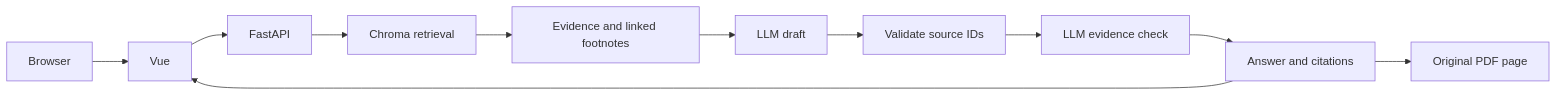
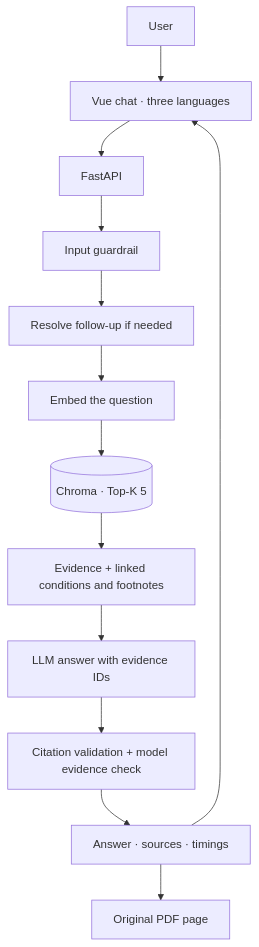
One commit to newDarwin100/InsureTutor changed the diagram in README.md. Above: the diagram before and after it, drawn with Mermaid. The commit also changed other lines of this file and 14 other files, not shown here.

````diff
--- a/README.md
+++ b/README.md
@@ -114,13 +49,15 @@
 ```mermaid
-flowchart LR
-    U[Browser] --> V[Vue]
-    V --> F[FastAPI]
-    F --> R[Chroma retrieval]
-    R --> E[Evidence and linked footnotes]
-    E --> L[LLM draft]
-    L --> C[Validate source IDs]
-    C --> A[LLM evidence check]
-    A --> O[Answer and citations]
-    O --> P[Original PDF page]
-    O --> V
+flowchart TD
+    User --> UI[Vue chat · three languages]
+    UI --> API[FastAPI]
+    API --> Guard[Input guardrail]
+    Guard --> Context[Resolve follow-up if needed]
+    Context --> Embed[Embed the question]
+    Embed --> DB[(Chroma · Top-K 5)]
+    DB --> Evidence[Evidence + linked conditions and footnotes]
+    Evidence --> Draft[LLM answer with evidence IDs]
+    Draft --> Check[Citation validation + model evidence check]
+    Check --> Result[Answer · sources · timings]
+    Result --> UI
+    Result --> PDF[Original PDF page]
 ```
````
